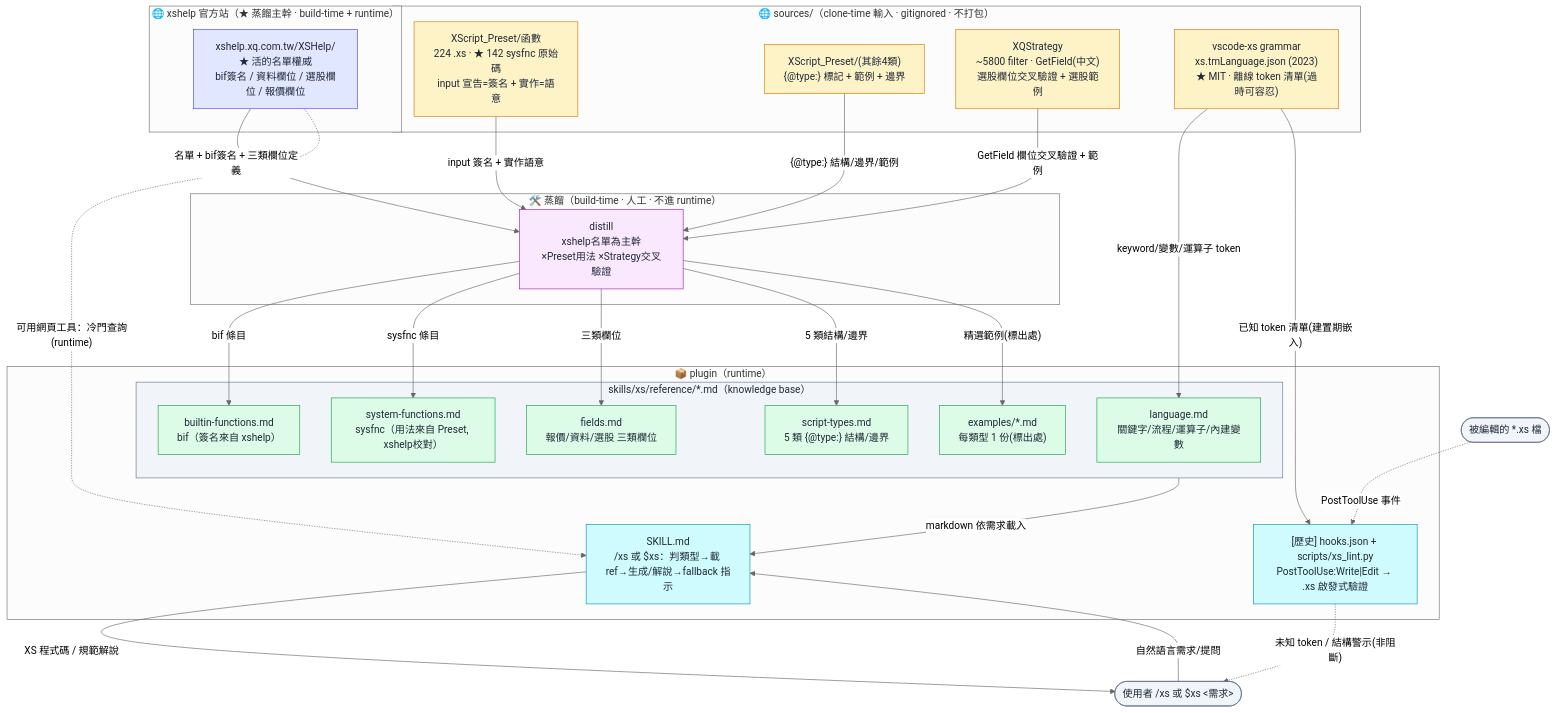
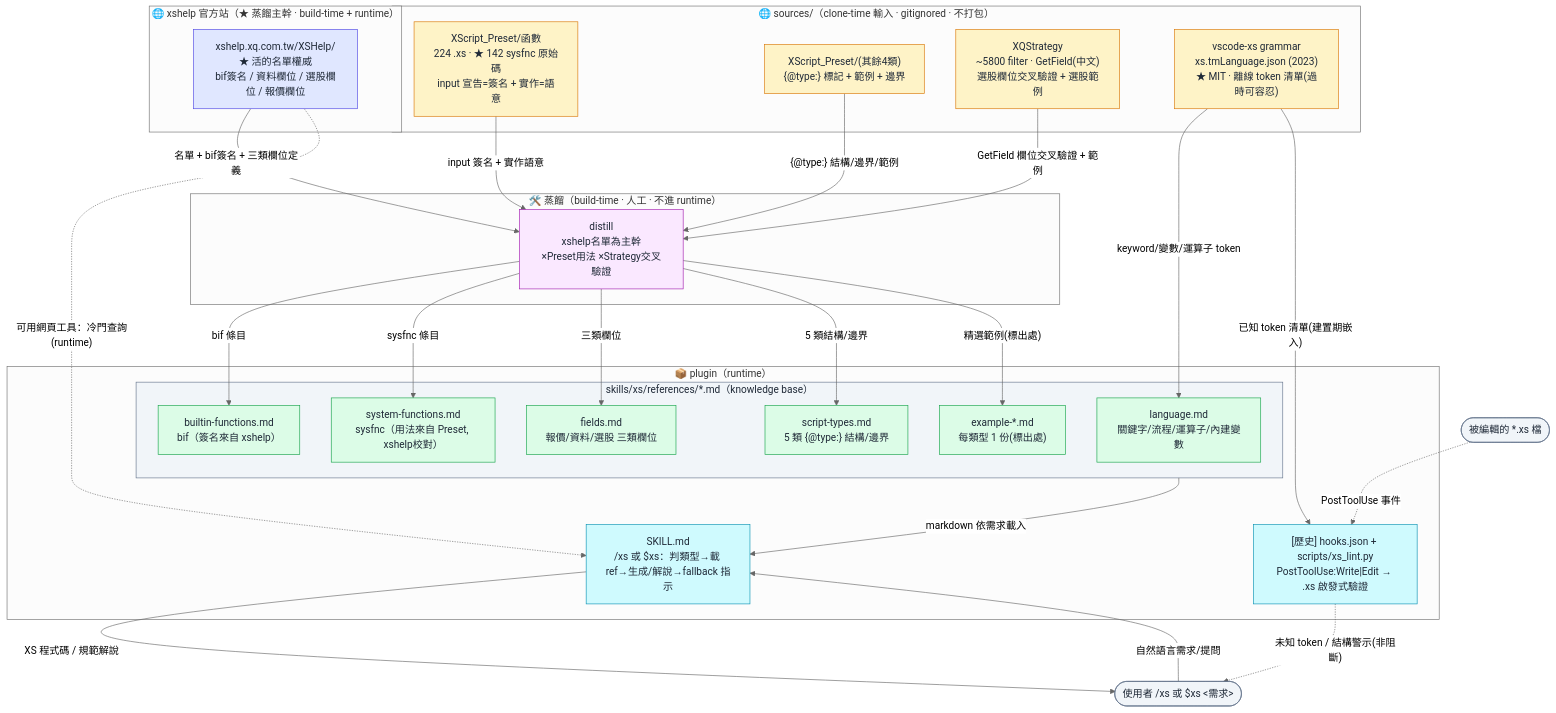
One commit to Benjamin-Teng/xs_helper changed the first of 2 diagrams in docs/architecture.md. Above: the diagram before and after it, drawn with Mermaid (neutral theme). The commit also changed other lines of this file and 22 other files, not shown here.

````diff
--- a/docs/architecture.md
+++ b/docs/architecture.md
@@ -88,74 +88,74 @@
 ```mermaid
 flowchart TD
     %% ===== External / 來源 =====
     subgraph WEB["🌐 xshelp 官方站（★ 蒸餾主幹 · build-time + runtime）"]
         XSHELP["xshelp.xq.com.tw/XSHelp/<br/>★ 活的名單權威<br/>bif簽名 / 資料欄位 / 選股欄位 / 報價欄位"]
     end
 
     subgraph SRC["🌐 sources/（clone-time 輸入 · gitignored · 不打包）"]
         PFUNC["XScript_Preset/函數<br/>224 .xs · ★ 142 sysfnc 原始碼<br/>input 宣告=簽名 + 實作=語意"]
         PTYPE["XScript_Preset/(其餘4類)<br/>{@type:} 標記 + 範例 + 邊界"]
         STRAT["XQStrategy<br/>~5800 filter · GetField(中文)<br/>選股欄位交叉驗證 + 選股範例"]
         GRAMMAR["vscode-xs grammar<br/>xs.tmLanguage.json (2023)<br/>★ MIT · 離線 token 清單(過時可容忍)"]
     end
 
     %% ===== 蒸餾 =====
     subgraph DISTILL["🛠️ 蒸餾（build-time · 人工 · 不進 runtime）"]
         D["distill<br/>xshelp名單為主幹<br/>×Preset用法 ×Strategy交叉驗證"]
     end
 
     %% ===== Plugin runtime =====
     subgraph PLUGIN["📦 plugin（runtime）"]
-        subgraph REF["skills/xs/reference/*.md（knowledge base）"]
+        subgraph REF["skills/xs/references/*.md（knowledge base）"]
             LANG["language.md<br/>關鍵字/流程/運算子/內建變數"]
             BIF["builtin-functions.md<br/>bif（簽名來自 xshelp）"]
             SYS["system-functions.md<br/>sysfnc（用法來自 Preset, xshelp校對）"]
             FIELDS["fields.md<br/>報價/資料/選股 三類欄位"]
             TYPES["script-types.md<br/>5 類 {@type:} 結構/邊界"]
-            EX["examples/*.md<br/>每類型 1 份(標出處)"]
+            EX["example-*.md<br/>每類型 1 份(標出處)"]
         end
         SKILL["SKILL.md<br/>/xs 或 $xs：判類型→載 ref→生成/解說→fallback 指示"]
         HOOK["[歷史] hooks.json + scripts/xs_lint.py<br/>PostToolUse:Write|Edit → .xs 啟發式驗證"]
     end
 
     USER(["使用者 /xs 或 $xs &lt;需求&gt;"])
     XSFILE(["被編輯的 *.xs 檔"])
 
     %% ===== 蒸餾資料流（實線：傳什麼）=====
     XSHELP -->|"名單 + bif簽名 + 三類欄位定義"| D
     PFUNC -->|"input 簽名 + 實作語意"| D
     PTYPE -->|"{@type:} 結構/邊界/範例"| D
     STRAT -->|"GetField 欄位交叉驗證 + 範例"| D
     GRAMMAR -->|"keyword/變數/運算子 token"| LANG
 
     D -->|"bif 條目"| BIF
     D -->|"sysfnc 條目"| SYS
     D -->|"三類欄位"| FIELDS
     D -->|"5 類結構/邊界"| TYPES
     D -->|"精選範例(標出處)"| EX
 
     %% ===== runtime 載入（實線）/ fallback（虛線）=====
     REF -->|"markdown 依需求載入"| SKILL
     XSHELP -.->|"可用網頁工具：冷門查詢(runtime)"| SKILL
     USER -->|"自然語言需求/提問"| SKILL
     SKILL -->|"XS 程式碼 / 規範解說"| USER
 
     %% ===== Hook 旁支 =====
     GRAMMAR -->|"已知 token 清單(建置期嵌入)"| HOOK
     XSFILE -.->|"PostToolUse 事件"| HOOK
     HOOK -.->|"未知 token / 結構警示(非阻斷)"| USER
 
     classDef src fill:#fef3c7,stroke:#d97706,color:#1f2937;
     classDef web fill:#e0e7ff,stroke:#4f46e5,color:#1f2937;
     classDef distill fill:#fae8ff,stroke:#a21caf,color:#1f2937;
     classDef ref fill:#dcfce7,stroke:#16a34a,color:#1f2937;
     classDef core fill:#cffafe,stroke:#0891b2,color:#1f2937;
     classDef io fill:#f1f5f9,stroke:#64748b,color:#1f2937;
 
     class PFUNC,PTYPE,STRAT,GRAMMAR src;
     class XSHELP web;
     class D distill;
     class LANG,BIF,SYS,FIELDS,TYPES,EX ref;
     class SKILL,HOOK core;
     class USER,XSFILE,REF io;
 ```
````
